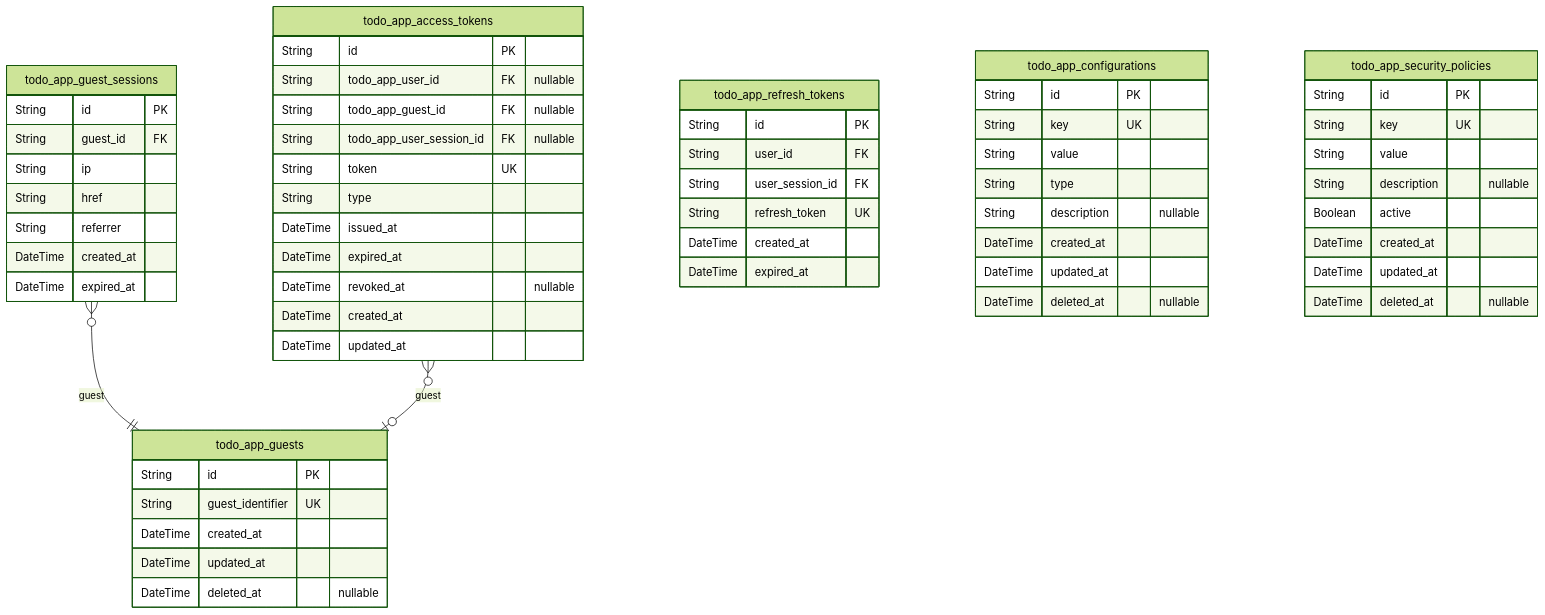
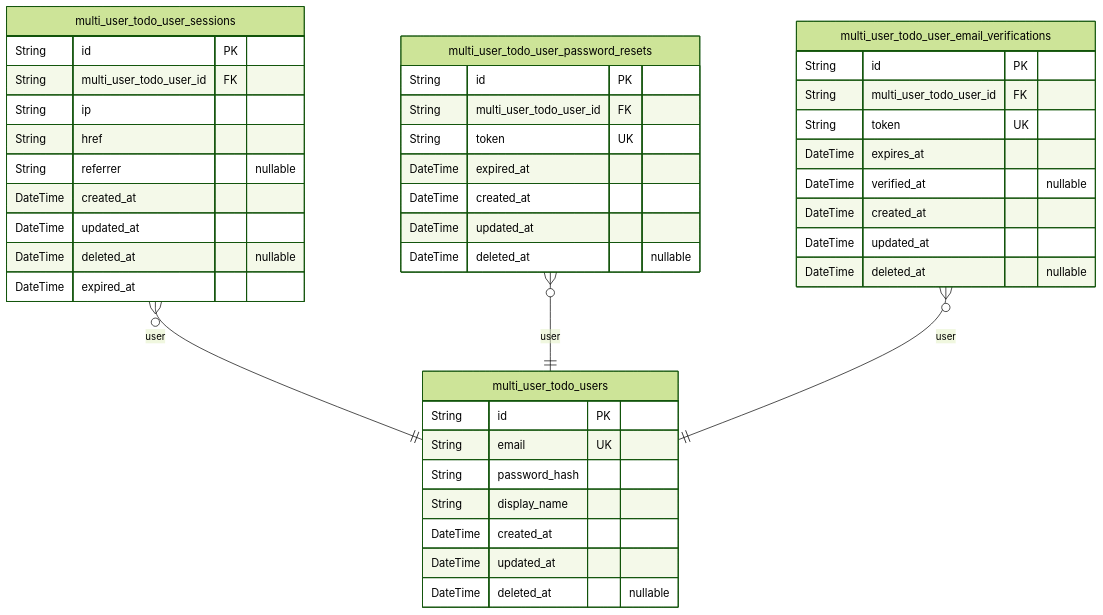
Before and after one commit to wrtnlabs/autobe-examples: the first of 2 diagrams in openai/gpt-4.1-mini/todo/docs/ERD.md, drawn with Mermaid (forest theme). The commit also changed other lines of this file and 23872 other files, not shown here.

````diff
--- a/openai/gpt-4.1-mini/todo/docs/ERD.md
+++ b/openai/gpt-4.1-mini/todo/docs/ERD.md
@@ -11,62 +10,45 @@
 ```mermaid
 erDiagram
-"todo_app_guests" {
+"multi_user_todo_users" {
   String id PK
-  String guest_identifier UK
+  String email UK
+  String password_hash
+  String display_name
   DateTime created_at
   DateTime updated_at
   DateTime deleted_at "nullable"
 }
-"todo_app_guest_sessions" {
+"multi_user_todo_user_sessions" {
   String id PK
-  String guest_id FK
+  String multi_user_todo_user_id FK
   String ip
   String href
-  String referrer
+  String referrer "nullable"
   DateTime created_at
+  DateTime updated_at
+  DateTime deleted_at "nullable"
   DateTime expired_at
 }
-"todo_app_access_tokens" {
+"multi_user_todo_user_password_resets" {
   String id PK
-  String todo_app_user_id FK "nullable"
-  String todo_app_guest_id FK "nullable"
-  String todo_app_user_session_id FK "nullable"
+  String multi_user_todo_user_id FK
   String token UK
-  String type
-  DateTime issued_at
   DateTime expired_at
-  DateTime revoked_at "nullable"
-  DateTime created_at
-  DateTime updated_at
-}
-"todo_app_refresh_tokens" {
-  String id PK
-  String user_id FK
-  String user_session_id FK
-  String refresh_token UK
-  DateTime created_at
-  DateTime expired_at
-}
-"todo_app_configurations" {
-  String id PK
-  String key UK
-  String value
-  String type
-  String description "nullable"
   DateTime created_at
   DateTime updated_at
   DateTime deleted_at "nullable"
 }
-"todo_app_security_policies" {
+"multi_user_todo_user_email_verifications" {
   String id PK
-  String key UK
-  String value
-  String description "nullable"
-  Boolean active
+  String multi_user_todo_user_id FK
+  String token UK
+  DateTime expires_at
+  DateTime verified_at "nullable"
   DateTime created_at
   DateTime updated_at
   DateTime deleted_at "nullable"
 }
-"todo_app_guest_sessions" }o--|| "todo_app_guests" : guest
-"todo_app_access_tokens" }o--o| "todo_app_guests" : guest
+"multi_user_todo_user_sessions" }o--|| "multi_user_todo_users" : user
+"multi_user_todo_user_password_resets" }o--|| "multi_user_todo_users" : user
+"multi_user_todo_user_email_verifications" }o--|| "multi_user_todo_users" : user
 ```
````
